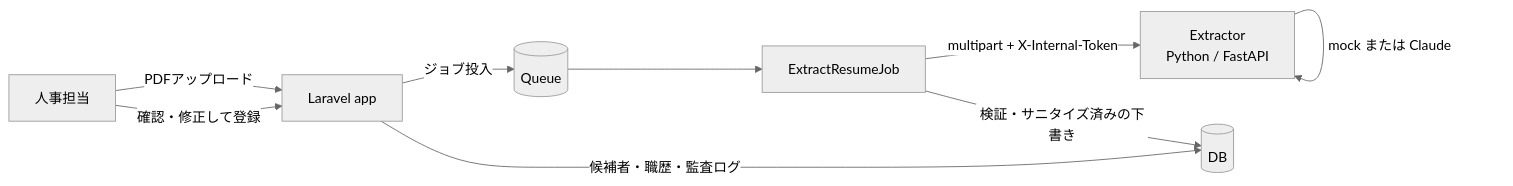
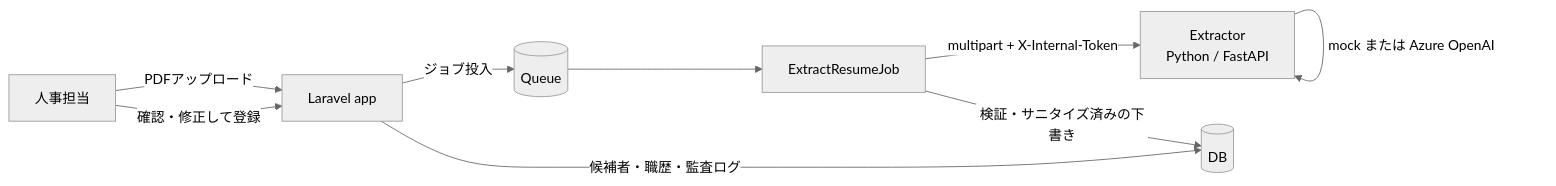
Before and after one commit to roymwxuk/mwx-laravel-candidate-hub: the first of 2 diagrams in README.md, drawn with Mermaid (neutral theme). The commit also changed other lines of this file and 7 other files, not shown here.

First line of the commit message:
Remove the Claude extractor; Azure OpenAI is the only LLM backend

````diff
--- a/README.md
+++ b/README.md
@@ -37,11 +37,11 @@
 ```mermaid
 flowchart LR
     U[人事担当] -->|PDFアップロード| L[Laravel app]
     L -->|ジョブ投入| Q[(Queue)]
     Q --> J[ExtractResumeJob]
     J -->|multipart + X-Internal-Token| X[Extractor<br/>Python / FastAPI]
-    X -->|mock または Claude| X
+    X -->|mock または Azure OpenAI| X
     J -->|検証・サニタイズ済みの下書き| DB[(DB)]
     U -->|確認・修正して登録| L
     L -->|候補者・職歴・監査ログ| DB
 ```
````
